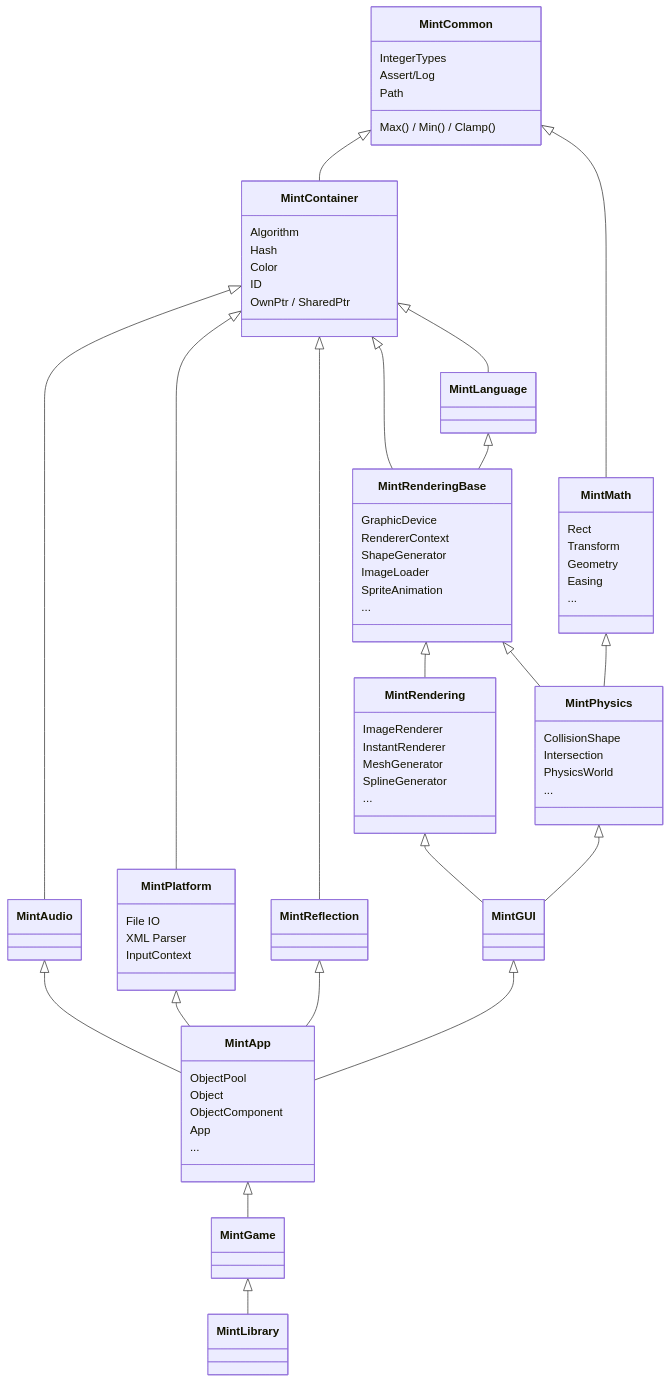
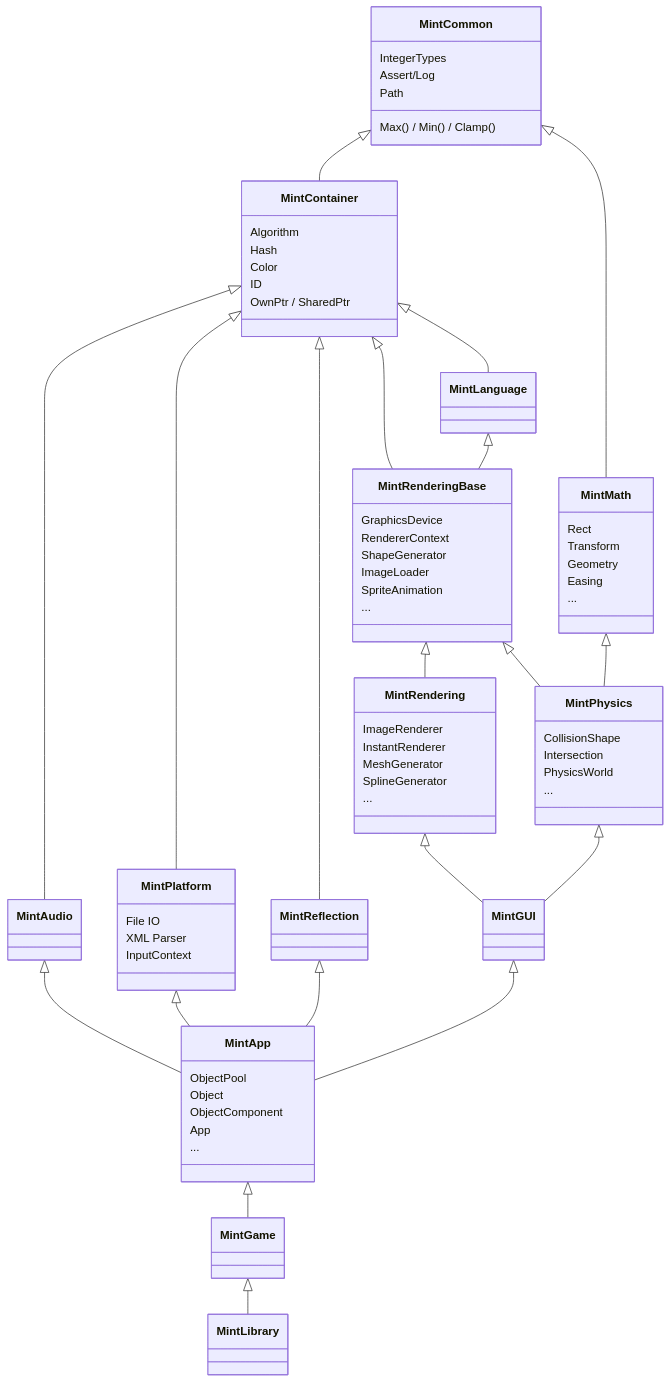
The diagram in MintCommon/LibraryStructure.md (principal6/MintLibrary), drawn with Mermaid before and after one commit. The commit also changed 44 other files, not shown here.

Commit message:
renamed Graphic- to Graphics-

```diff
--- a/MintCommon/LibraryStructure.md
+++ b/MintCommon/LibraryStructure.md
@@ -55,7 +55,7 @@
         ...
     }
     class MintRenderingBase{
-        GraphicDevice
+        GraphicsDevice
         RendererContext
         ShapeGenerator
         ImageLoader
```
